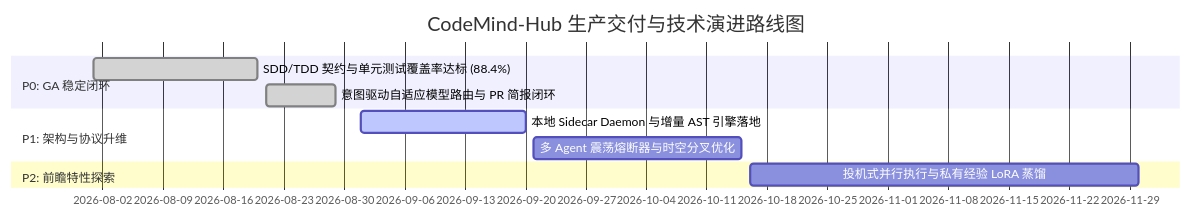
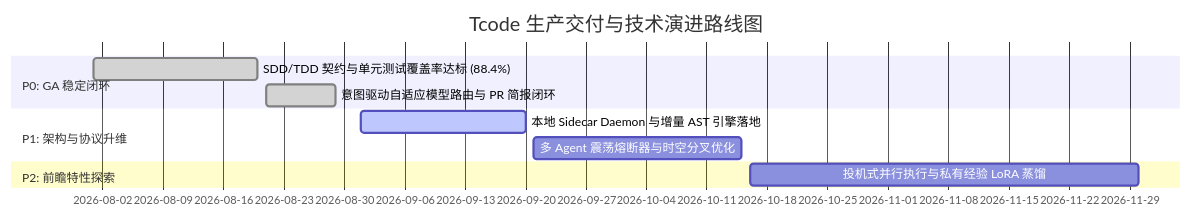
The third of 3 diagrams in docs/technical_reviews/TECHNICAL_ARCHITECTURE_REVIEW.md (zhangqi77ok-sys/GitWorklog), drawn with Mermaid before and after one commit. The commit also changed other lines of this file and 20 other files, not shown here.

Commit message:
chore(branding): rename all kernel/code engine references from CodeMind-Hub to Tcode

````diff
--- a/docs/technical_reviews/TECHNICAL_ARCHITECTURE_REVIEW.md
+++ b/docs/technical_reviews/TECHNICAL_ARCHITECTURE_REVIEW.md
@@ -173,13 +173,13 @@
 ```mermaid
 gantt
-    title CodeMind-Hub 生产交付与技术演进路线图
+    title Tcode 生产交付与技术演进路线图
     dateFormat  YYYY-MM-DD
     section P0: GA 稳定闭环
     SDD/TDD 契约与单元测试覆盖率达标 (88.4%) :done, p0_1, 2026-08-01, 2026-08-20
     意图驱动自适应模型路由与 PR 简报闭环 :done, p0_2, 2026-08-21, 2026-08-29
     section P1: 架构与协议升维
     本地 Sidecar Daemon 与增量 AST 引擎落地 :active, p1_1, 2026-09-01, 2026-09-20
     多 Agent 震荡熔断器与时空分叉优化 : p1_2, 2026-09-21, 2026-10-15
     section P2: 前瞻特性探索
     投机式并行执行与私有经验 LoRA 蒸馏 : p2_1, 2026-10-16, 2026-11-30
 ```
````
